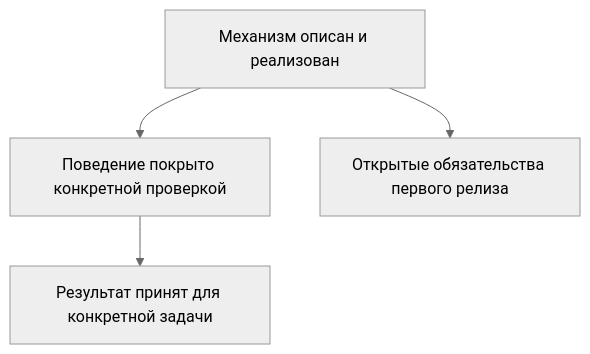
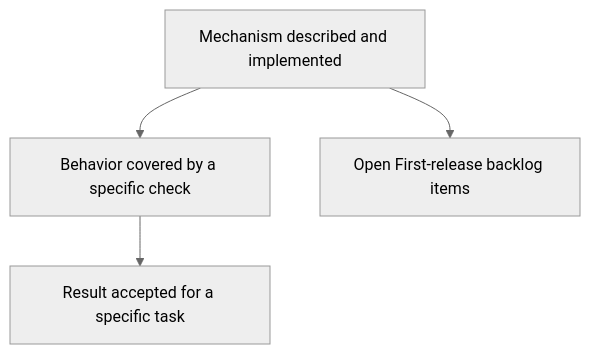
One commit to planveyor/planveyor changed the diagram in docs/guides/learn/assets/capabilities-boundaries-1.mmd. Above: the diagram before and after it, drawn with Mermaid (neutral theme). The commit also changed 124 other files, not shown here.

```diff
--- a/docs/guides/learn/assets/capabilities-boundaries-1.mmd
+++ b/docs/guides/learn/assets/capabilities-boundaries-1.mmd
@@ -1,4 +1,4 @@
 flowchart TB
-    A["Механизм описан и реализован"] --> B["Поведение покрыто конкретной проверкой"]
-    B --> C["Результат принят для конкретной задачи"]
-    A --> D["Открытые обязательства первого релиза"]
+    A["Mechanism described and implemented"] --> B["Behavior covered by a specific check"]
+    B --> C["Result accepted for a specific task"]
+    A --> D["Open First-release backlog items"]
```
